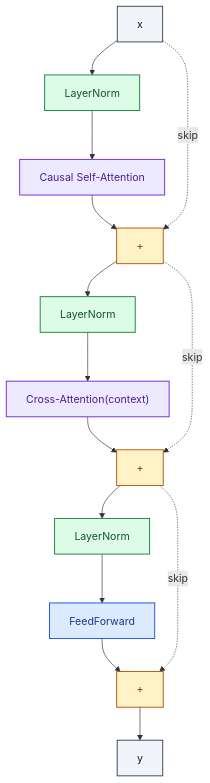
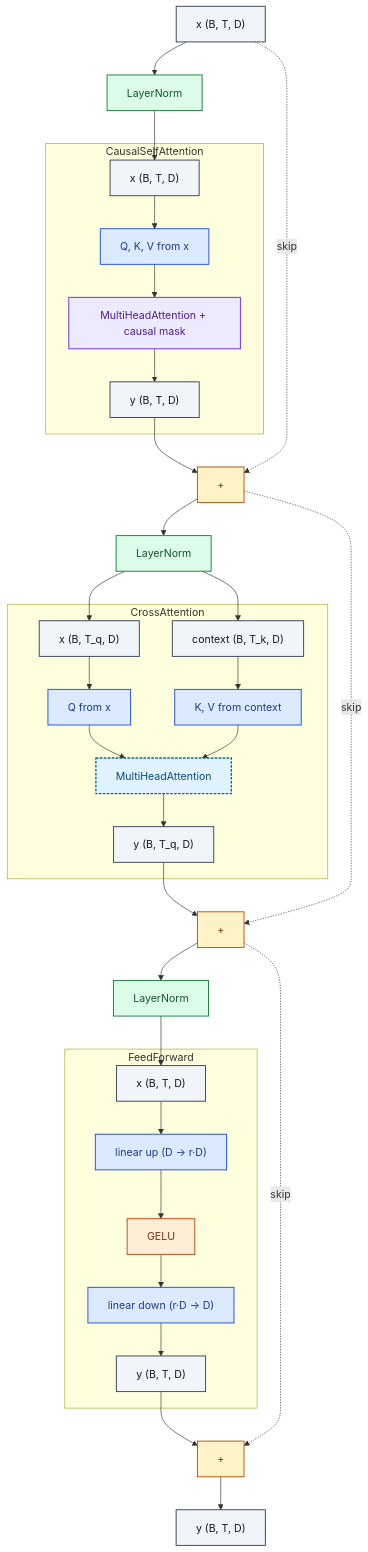
One commit to RealityShifts/Srivastava-book-of-Blocks-diagrams changed the diagram in transformer/TransformerDecoderBlock.md. Above: the diagram before and after it, drawn with Mermaid. The commit also changed 123 other files, not shown here.

````diff
--- a/transformer/TransformerDecoderBlock.md
+++ b/transformer/TransformerDecoderBlock.md
@@ -7,36 +7,68 @@
 ```mermaid
 flowchart TD
-    n0_0["x"]:::io
+    n0_0["x  (B, T, D)"]:::io
     n1_0["LayerNorm"]:::norm
-    n2_0["Causal Self-Attention"]:::attn
+    subgraph n2_0["CausalSelfAttention"]
+        n2_0_0_0["x  (B, T, D)"]:::io
+        n2_0_1_0["Q, K, V from x"]:::op
+        n2_0_2_0["MultiHeadAttention + causal mask"]:::attn
+        n2_0_3_0["y  (B, T, D)"]:::io
+        n2_0_0_0 --> n2_0_1_0
+        n2_0_1_0 --> n2_0_2_0
+        n2_0_2_0 --> n2_0_3_0
+    end
     n3_0["+"]:::merge
     n4_0["LayerNorm"]:::norm
-    n5_0["Cross-Attention(context)"]:::attn
+    subgraph n5_0["CrossAttention"]
+        n5_0_0_0["x  (B, T_q, D)"]:::io
+        n5_0_0_1["context  (B, T_k, D)"]:::io
+        n5_0_1_0["Q from x"]:::op
+        n5_0_1_1["K, V from context"]:::op
+        n5_0_2_0["MultiHeadAttention"]:::ref
+        n5_0_3_0["y  (B, T_q, D)"]:::io
+        n5_0_0_0 --> n5_0_1_0
+        n5_0_0_1 --> n5_0_1_1
+        n5_0_1_0 --> n5_0_2_0
+        n5_0_1_1 --> n5_0_2_0
+        n5_0_2_0 --> n5_0_3_0
+    end
     n6_0["+"]:::merge
     n7_0["LayerNorm"]:::norm
-    n8_0["FeedForward"]:::op
+    subgraph n8_0["FeedForward"]
+        n8_0_0_0["x  (B, T, D)"]:::io
+        n8_0_1_0["linear up  (D → r·D)"]:::op
+        n8_0_2_0["GELU"]:::act
+        n8_0_3_0["linear down  (r·D → D)"]:::op
+        n8_0_4_0["y  (B, T, D)"]:::io
+        n8_0_0_0 --> n8_0_1_0
+        n8_0_1_0 --> n8_0_2_0
+        n8_0_2_0 --> n8_0_3_0
+        n8_0_3_0 --> n8_0_4_0
+    end
     n9_0["+"]:::merge
-    n10_0["y"]:::io
+    n10_0["y  (B, T, D)"]:::io
     n0_0 --> n1_0
-    n1_0 --> n2_0
-    n2_0 --> n3_0
+    n1_0 --> n2_0_0_0
+    n2_0_3_0 --> n3_0
     n3_0 --> n4_0
-    n4_0 --> n5_0
-    n5_0 --> n6_0
+    n4_0 --> n5_0_0_0
+    n4_0 --> n5_0_0_1
+    n5_0_3_0 --> n6_0
     n6_0 --> n7_0
-    n7_0 --> n8_0
-    n8_0 --> n9_0
+    n7_0 --> n8_0_0_0
+    n8_0_4_0 --> n9_0
     n9_0 --> n10_0
     n0_0 -. skip .-> n3_0
     n3_0 -. skip .-> n6_0
     n6_0 -. skip .-> n9_0
     classDef io fill:#f1f5f9,stroke:#334155,stroke-width:1.4px,color:#0f172a
     classDef op fill:#dbeafe,stroke:#1d4ed8,stroke-width:1.4px,color:#1e3a8a
     classDef norm fill:#dcfce7,stroke:#15803d,stroke-width:1.4px,color:#14532d
     classDef act fill:#ffedd5,stroke:#c2410c,stroke-width:1.4px,color:#7c2d12
     classDef attn fill:#ede9fe,stroke:#6d28d9,stroke-width:1.4px,color:#4c1d95
     classDef merge fill:#fef3c7,stroke:#b45309,stroke-width:1.4px,color:#78350f
     classDef emb fill:#fef9c3,stroke:#a16207,stroke-width:1.4px,color:#713f12
     classDef loss fill:#fee2e2,stroke:#b91c1c,stroke-width:1.4px,color:#7f1d1d
     classDef ctrl fill:#f5f5f4,stroke:#52525b,stroke-width:1.4px,color:#27272a
+    classDef ref fill:#e0f2fe,stroke:#0369a1,stroke-width:2px,color:#0c4a6e,stroke-dasharray: 4 2
 ```
````
